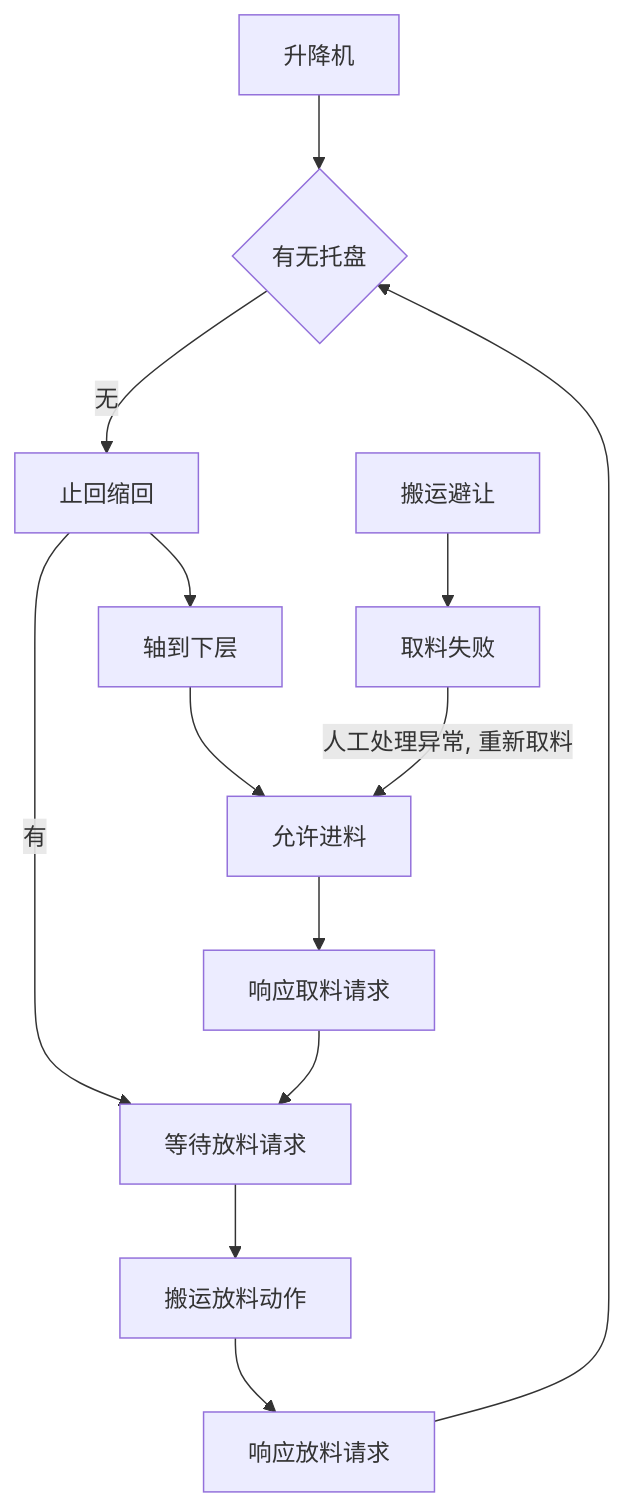
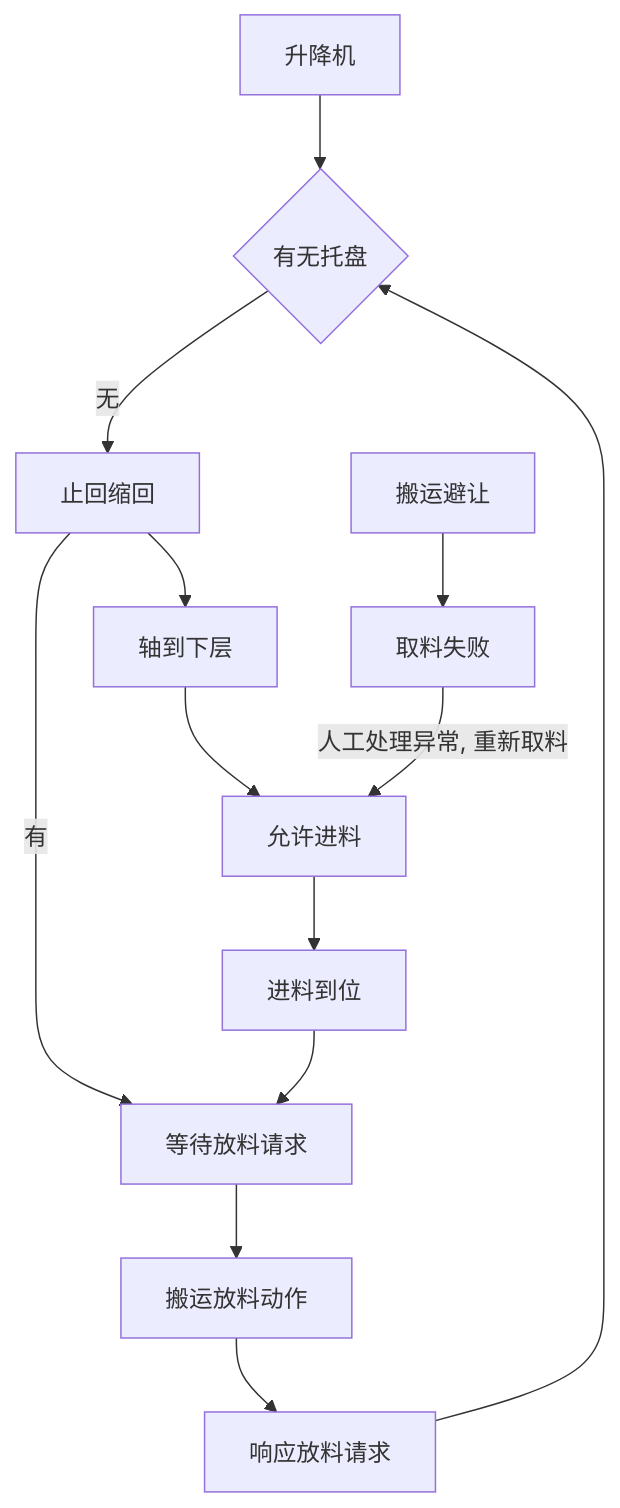
One commit to PengKun1/iodraw-files changed the diagram in all/升降台.md. Above: the diagram before and after it, drawn with Mermaid.

Commit message:
2024-12-23 10:19:53 update

````diff
--- a/all/升降台.md
+++ b/all/升降台.md
@@ -1,16 +1,16 @@
 ```mermaid
 graph TD
 0[升降机]-->10
 10{有无托盘}-->|无|20
 20-->|有|60
 20[止回缩回]-->30
 30[轴到下层]-->40
 40[允许进料]-->50
-50[响应取料请求]-->60
+50[进料到位]-->60
 60[等待放料请求]-->70
 70[搬运放料动作]-->80
 80[响应放料请求]-->10
 90[搬运避让]-->900
 
 900[取料失败]-->|人工处理异常, 重新取料|40
 ```
````
